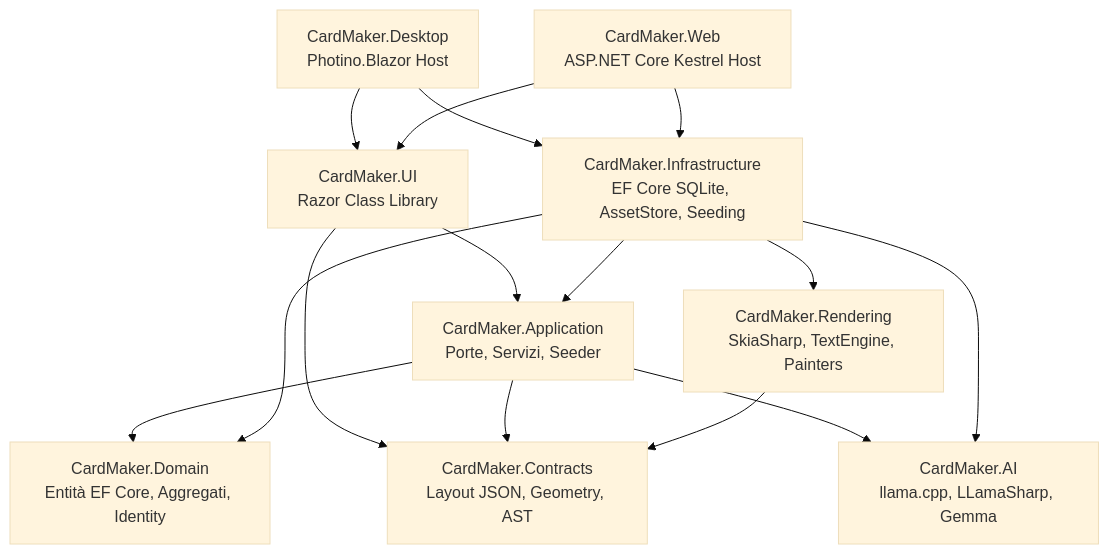
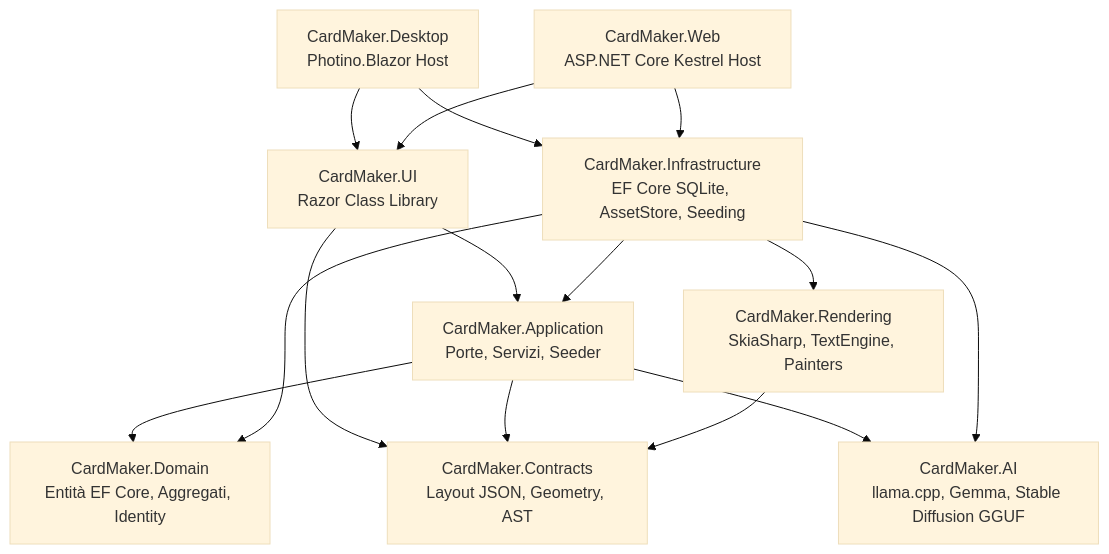
One commit to zmalrobot/CardMaker changed the diagram in docs/00-overview/project-context.md. Above: the diagram before and after it, drawn with Mermaid (base theme). The commit also changed other lines of this file and 7 other files, not shown here.

````diff
--- a/docs/00-overview/project-context.md
+++ b/docs/00-overview/project-context.md
@@ -48,17 +47,17 @@
 ```mermaid
 graph TD
     UI[CardMaker.UI<br/>Razor Class Library] --> APP[CardMaker.Application<br/>Porte, Servizi, Seeder]
     UI --> CONTR[CardMaker.Contracts<br/>Layout JSON, Geometry, AST]
     APP --> DOM[CardMaker.Domain<br/>Entità EF Core, Aggregati, Identity]
     APP --> CONTR
-    APP --> AI[CardMaker.AI<br/>llama.cpp, LLamaSharp, Gemma]
+    APP --> AI[CardMaker.AI<br/>llama.cpp, Gemma, Stable Diffusion GGUF]
     REND[CardMaker.Rendering<br/>SkiaSharp, TextEngine, Painters] --> CONTR
     INFRA[CardMaker.Infrastructure<br/>EF Core SQLite, AssetStore, Seeding] --> APP
     INFRA --> DOM
     INFRA --> REND
     INFRA --> AI
     DESK[CardMaker.Desktop<br/>Photino.Blazor Host] --> UI
     DESK --> INFRA
     WEB[CardMaker.Web<br/>ASP.NET Core Kestrel Host] --> UI
     WEB --> INFRA
 ```
````
